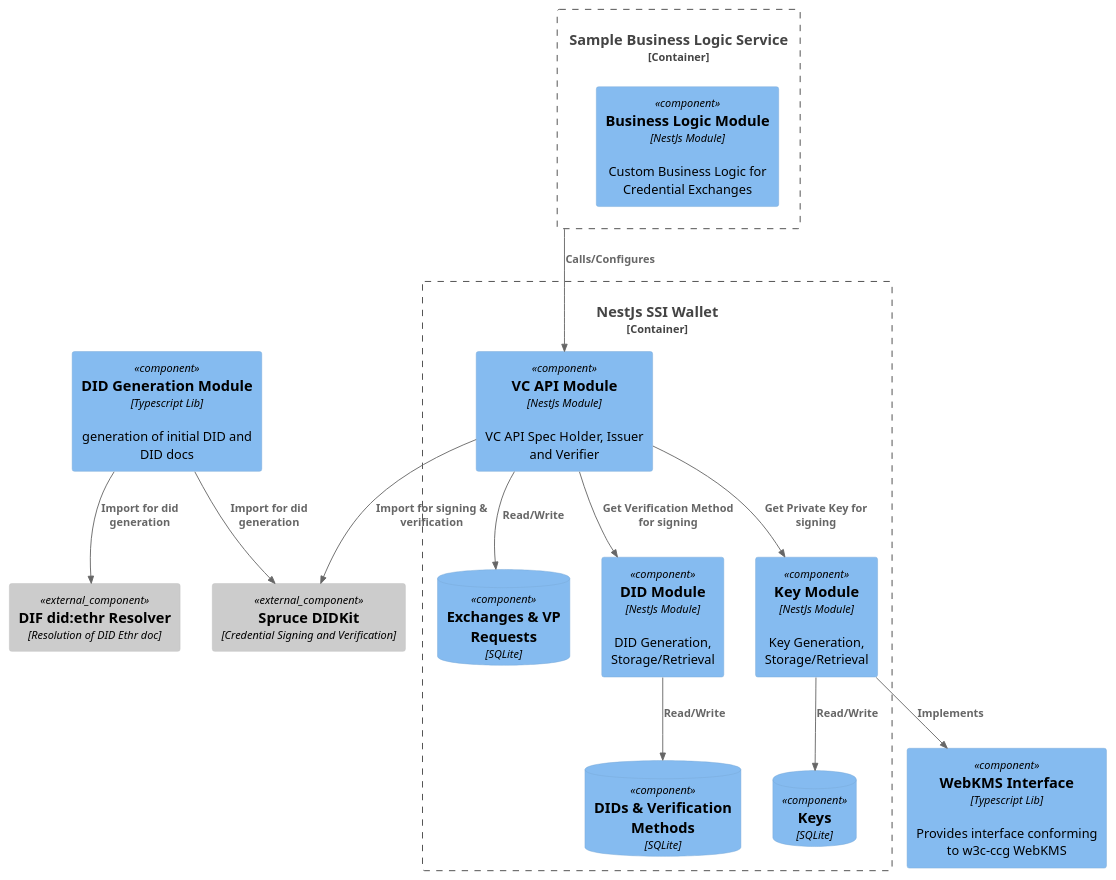
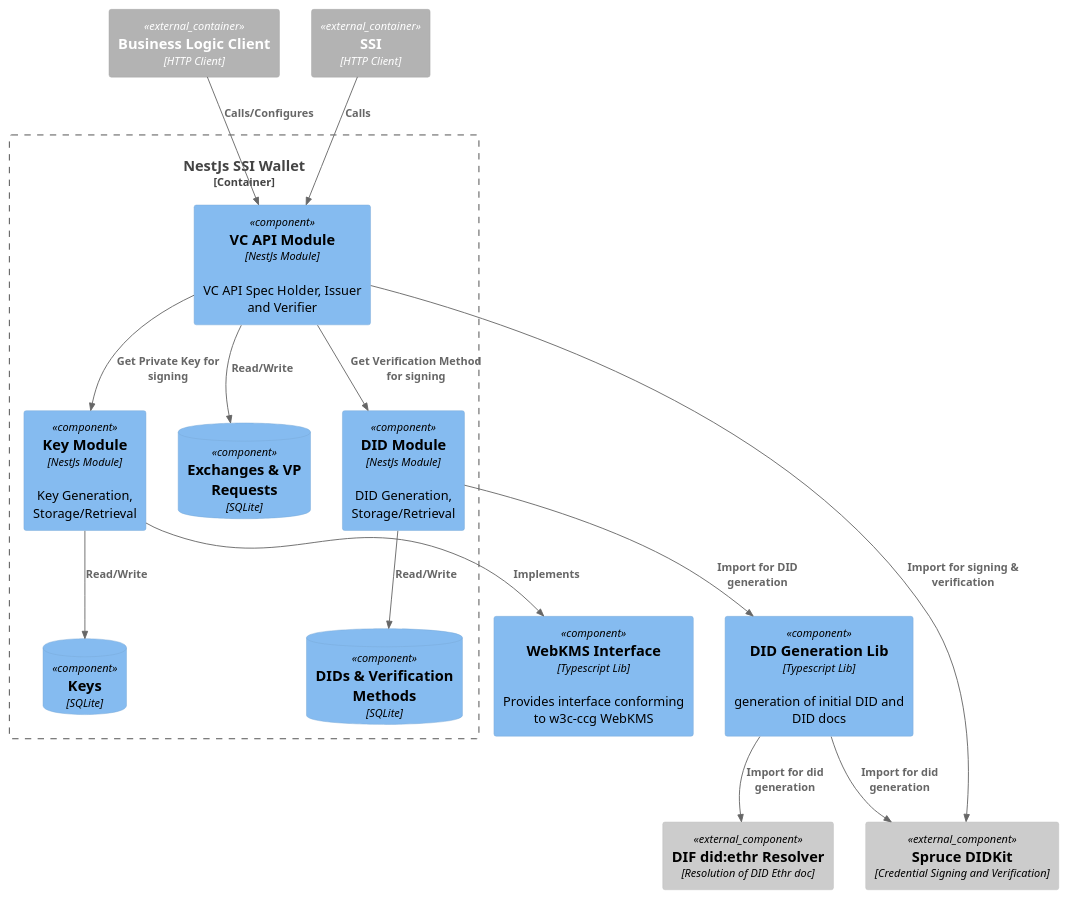
One commit to openwallet-foundation-labs/vc-api changed the diagram in ssi-agent.component.puml. Above: the diagram before and after it, drawn with PlantUML. The commit also changed 1 other file, not shown here.

Commit message:
docs: update component diagram

```diff
--- a/ssi-agent.component.puml
+++ b/ssi-agent.component.puml
@@ -1,41 +1,42 @@
 @startuml ssi-agent-component
 !include https://raw.githubusercontent.com/plantuml-stdlib/C4-PlantUML/master/C4_Component.puml
 
-Container_Boundary(business_logic, "Sample Business Logic Service") {
-  Component(business_logic_module, "Business Logic Module", "NestJs Module", "Custom Business Logic for Credential Exchanges")
-}
+Container_Ext(business_logic, "Business Logic Client", "HTTP Client")
+Container_Ext(ssi_wallet_ui, "SSI", "HTTP Client")
 
 Container_Boundary(nestjs_agent, "NestJs SSI Wallet") {
 
   Component(vc_api, "VC API Module", "NestJs Module", "VC API Spec Holder, Issuer and Verifier")
   ComponentDb(exchange_db, "Exchanges & VP Requests", "SQLite")
   Rel(vc_api, exchange_db, "Read/Write")
   
   Component(did, "DID Module", "NestJs Module", "DID Generation, Storage/Retrieval")
   Rel(vc_api, did, "Get Verification Method for signing")
   ComponentDb(did_db, "DIDs & Verification Methods", "SQLite")
   Rel(did, did_db, "Read/Write")
   
   Component(key, "Key Module", "NestJs Module", "Key Generation, Storage/Retrieval")
   Rel(vc_api, key, "Get Private Key for signing")
   ComponentDb(key_db, "Keys", "SQLite")
   Rel(key, key_db, "Read/Write")
 }
 
 Component(web_kms,"WebKMS Interface","Typescript Lib", "Provides interface conforming to w3c-ccg WebKMS")
 Rel(key, web_kms, "Implements")
 
-Component(did_generation,"DID Generation Module","Typescript Lib","generation of initial DID and DID docs")
+Component(did_generation,"DID Generation Lib","Typescript Lib","generation of initial DID and DID docs")
+Rel(did, did_generation, "Import for DID generation")
 
 Component_Ext(ethr_resolver, "DIF did:ethr Resolver", "Resolution of DID Ethr doc")
 Rel(did_generation, ethr_resolver, "Import for did generation")
 
 Component_Ext(didkit, "Spruce DIDKit", "Credential Signing & Verification, did:key resolution")
 Rel(did_generation, didkit, "Import for did generation")
 Rel(vc_api, didkit, "Import for signing & verification")
 
 Component_Ext(didkit, "Spruce DIDKit", "Credential Signing and Verification")
 
 Rel(business_logic, vc_api, "Calls/Configures")
+Rel(ssi_wallet_ui, vc_api, "Calls")
 
 @enduml
```
